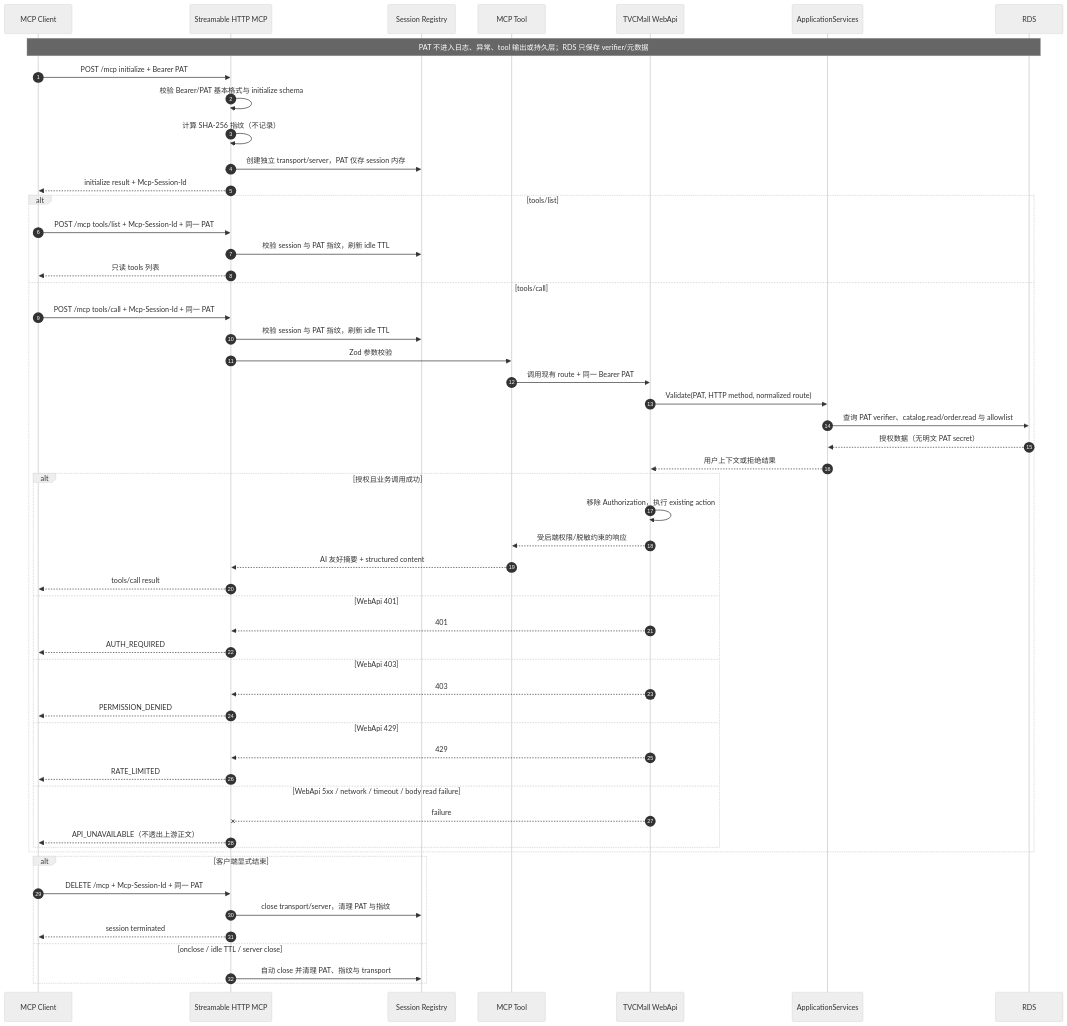
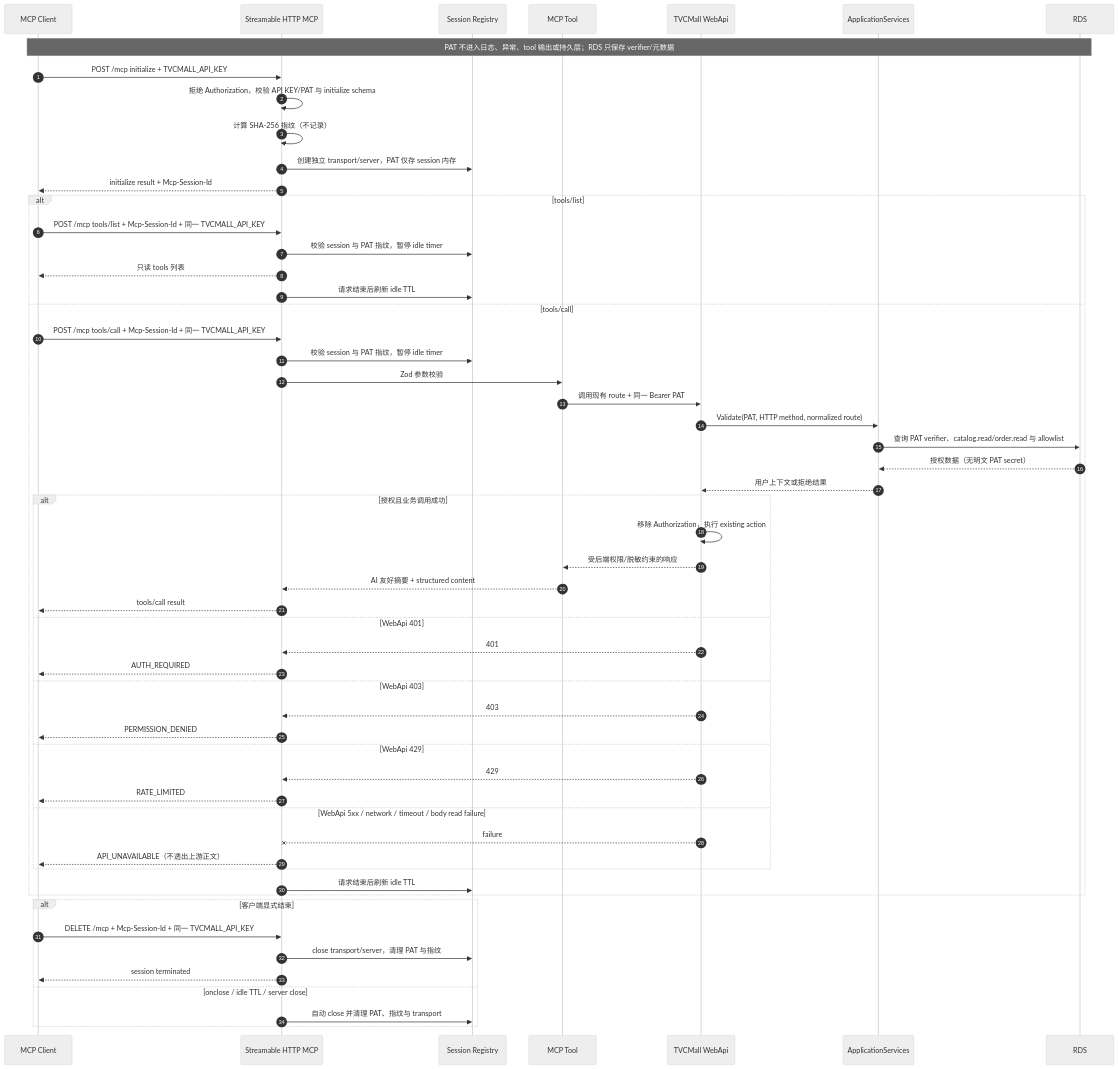
Before and after one commit to feizhan1/tvcmall-mcp: the second of 2 diagrams in docs/remote-streamable-http-mcp-architecture.md, drawn with Mermaid (neutral theme). The commit also changed other lines of this file and 11 other files, not shown here.

Commit message:
docs: align remote MCP API key authorization

````diff
--- a/docs/remote-streamable-http-mcp-architecture.md
+++ b/docs/remote-streamable-http-mcp-architecture.md
@@ -96,59 +96,61 @@
 ```mermaid
 sequenceDiagram
   autonumber
   participant Client as MCP Client
   participant MCP as Streamable HTTP MCP
   participant Session as Session Registry
   participant Tool as MCP Tool
   participant WebApi as TVCMall WebApi
   participant App as ApplicationServices
   participant RDS as RDS
 
   Note over Client,RDS: PAT 不进入日志、异常、tool 输出或持久层；RDS 只保存 verifier/元数据
-  Client->>MCP: POST /mcp initialize + Bearer PAT
-  MCP->>MCP: 校验 Bearer/PAT 基本格式与 initialize schema
+  Client->>MCP: POST /mcp initialize + TVCMALL_API_KEY
+  MCP->>MCP: 拒绝 Authorization，校验 API KEY/PAT 与 initialize schema
   MCP->>MCP: 计算 SHA-256 指纹（不记录）
   MCP->>Session: 创建独立 transport/server，PAT 仅存 session 内存
   MCP-->>Client: initialize result + Mcp-Session-Id
 
   alt tools/list
-    Client->>MCP: POST /mcp tools/list + Mcp-Session-Id + 同一 PAT
-    MCP->>Session: 校验 session 与 PAT 指纹，刷新 idle TTL
+    Client->>MCP: POST /mcp tools/list + Mcp-Session-Id + 同一 TVCMALL_API_KEY
+    MCP->>Session: 校验 session 与 PAT 指纹，暂停 idle timer
     MCP-->>Client: 只读 tools 列表
+    MCP->>Session: 请求结束后刷新 idle TTL
   else tools/call
-    Client->>MCP: POST /mcp tools/call + Mcp-Session-Id + 同一 PAT
-    MCP->>Session: 校验 session 与 PAT 指纹，刷新 idle TTL
+    Client->>MCP: POST /mcp tools/call + Mcp-Session-Id + 同一 TVCMALL_API_KEY
+    MCP->>Session: 校验 session 与 PAT 指纹，暂停 idle timer
     MCP->>Tool: Zod 参数校验
     Tool->>WebApi: 调用现有 route + 同一 Bearer PAT
     WebApi->>App: Validate(PAT, HTTP method, normalized route)
     App->>RDS: 查询 PAT verifier、catalog.read/order.read 与 allowlist
     RDS-->>App: 授权数据（无明文 PAT secret）
     App-->>WebApi: 用户上下文或拒绝结果
     alt 授权且业务调用成功
       WebApi->>WebApi: 移除 Authorization，执行 existing action
       WebApi-->>Tool: 受后端权限/脱敏约束的响应
       Tool-->>MCP: AI 友好摘要 + structured content
       MCP-->>Client: tools/call result
     else WebApi 401
       WebApi-->>MCP: 401
       MCP-->>Client: AUTH_REQUIRED
     else WebApi 403
       WebApi-->>MCP: 403
       MCP-->>Client: PERMISSION_DENIED
     else WebApi 429
       WebApi-->>MCP: 429
       MCP-->>Client: RATE_LIMITED
     else WebApi 5xx / network / timeout / body read failure
       WebApi--xMCP: failure
       MCP-->>Client: API_UNAVAILABLE（不透出上游正文）
     end
+    MCP->>Session: 请求结束后刷新 idle TTL
   end
 
   alt 客户端显式结束
-    Client->>MCP: DELETE /mcp + Mcp-Session-Id + 同一 PAT
+    Client->>MCP: DELETE /mcp + Mcp-Session-Id + 同一 TVCMALL_API_KEY
     MCP->>Session: close transport/server，清理 PAT 与指纹
     MCP-->>Client: session terminated
   else onclose / idle TTL / server close
     MCP->>Session: 自动 close 并清理 PAT、指纹与 transport
   end
 ```
````
